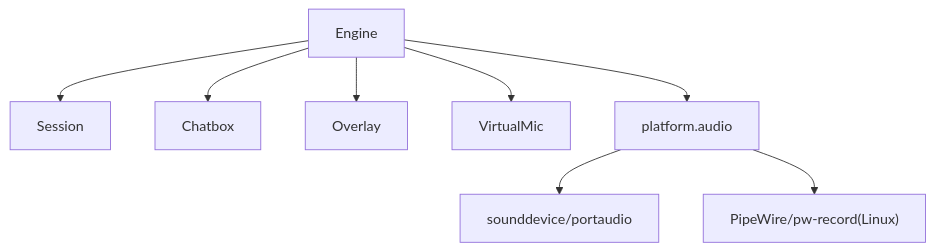
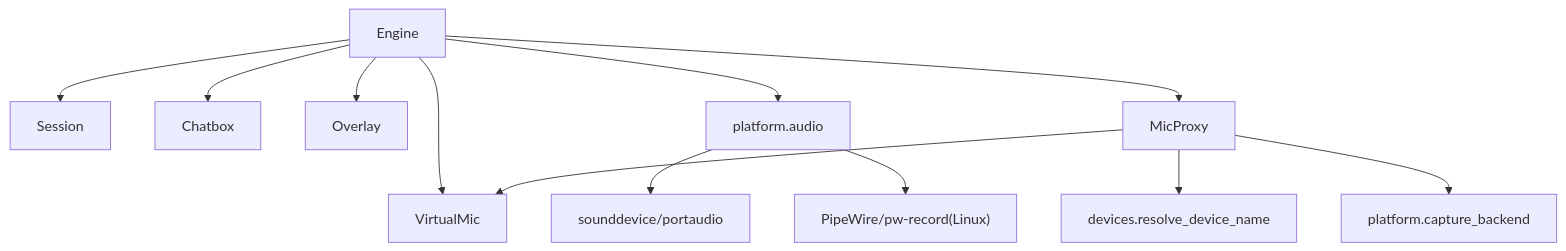
The ninth of 9 diagrams in .qoder/repowiki/zh/content/核心引擎架构/音频处理管道/音频处理管道.md (EMeowAGENT/vrchat-livetranslate), drawn with Mermaid before and after one commit. The commit also changed other lines of this file and 75 other files, not shown here.

````diff
--- a/.qoder/repowiki/zh/content/核心引擎架构/音频处理管道/音频处理管道.md
+++ b/.qoder/repowiki/zh/content/核心引擎架构/音频处理管道/音频处理管道.md
@@ -288,10 +398,14 @@
 ```mermaid
 graph TB
 Engine["Engine"] --> Session["Session"]
 Engine --> Chatbox["Chatbox"]
 Engine --> Overlay["Overlay"]
 Engine --> VirtualMic["VirtualMic"]
 Engine --> PlatformAudio["platform.audio"]
+Engine --> MicProxy["MicProxy"]
 PlatformAudio --> SoundDevice["sounddevice/portaudio"]
 PlatformAudio --> PipeWire["PipeWire/pw-record(Linux)"]
+MicProxy --> VirtualMic
+MicProxy --> Devices["devices.resolve_device_name"]
+MicProxy --> PlatformCapture["platform.capture_backend"]
 ```
````
